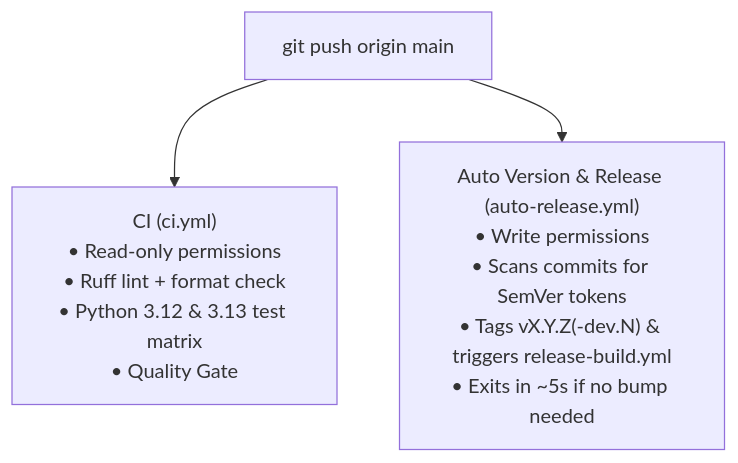
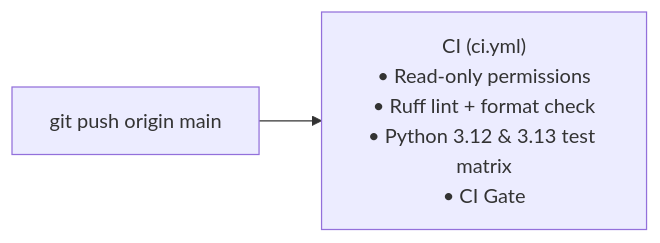
Before and after one commit to dishanagalawatta/SkillManager: the third of 3 diagrams in docs/CI_CD.md, drawn with Mermaid. The commit also changed other lines of this file and 16 other files, not shown here.

````diff
--- a/docs/CI_CD.md
+++ b/docs/CI_CD.md
@@ -92,5 +86,4 @@
 ```mermaid
-flowchart TD
-    A["git push origin main"] --> B["CI (ci.yml)\n• Read-only permissions\n• Ruff lint + format check\n• Python 3.12 & 3.13 test matrix\n• Quality Gate"]
-    A --> C["Auto Version & Release (auto-release.yml)\n• Write permissions\n• Scans commits for SemVer tokens\n• Tags vX.Y.Z(-dev.N) & triggers release-build.yml\n• Exits in ~5s if no bump needed"]
+flowchart LR
+    A["git push origin main"] --> B["CI (ci.yml)\n• Read-only permissions\n• Ruff lint + format check\n• Python 3.12 & 3.13 test matrix\n• CI Gate"]
 ```
````
